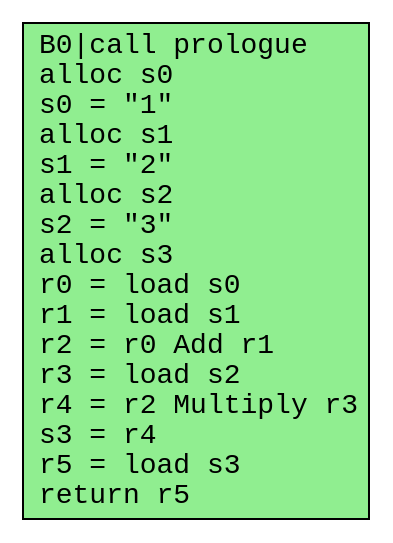
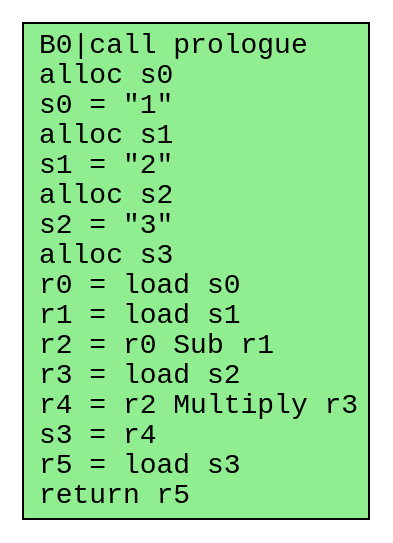
Before and after one commit to safarislava/ProcTranslator: the diagram in output/calc.dot, drawn with Graphviz. The commit also changed 8 other files, not shown here.

```diff
--- a/output/calc.dot
+++ b/output/calc.dot
@@ -1,8 +1,8 @@
 digraph CFG {
   rankdir=TB;
   node [shape=box, fontname="Courier"];
   edge [fontname="Courier"];
 
-  B0 [label="B0|call prologue\lalloc s0\ls0 = \"1\"\lalloc s1\ls1 = \"2\"\lalloc s2\ls2 = \"3\"\lalloc s3\lr0 = load s0\lr1 = load s1\lr2 = r0 Add r1\lr3 = load s2\lr4 = r2 Multiply r3\ls3 = r4\lr5 = load s3\lreturn r5\l"];
+  B0 [label="B0|call prologue\lalloc s0\ls0 = \"1\"\lalloc s1\ls1 = \"2\"\lalloc s2\ls2 = \"3\"\lalloc s3\lr0 = load s0\lr1 = load s1\lr2 = r0 Sub r1\lr3 = load s2\lr4 = r2 Multiply r3\ls3 = r4\lr5 = load s3\lreturn r5\l"];
   B0 [style=filled, fillcolor=lightgreen];
 }
```
